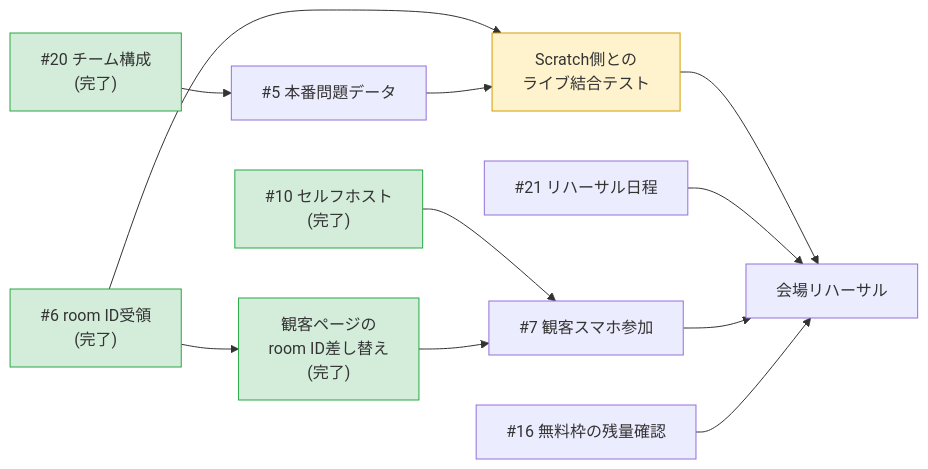
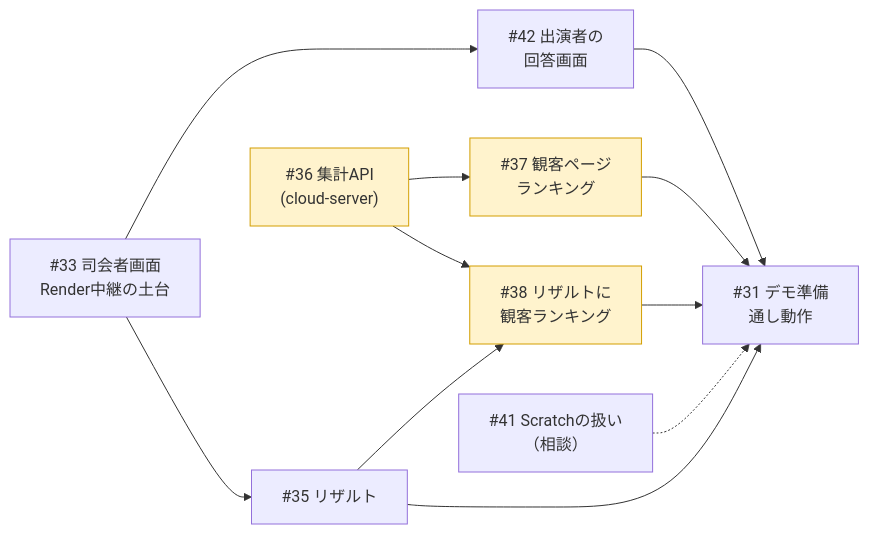
Before and after one commit to suzuka-kosen-festa/2026-suzuleague: the diagram in docs/status.md, drawn with Mermaid. The commit also changed other lines of this file and 2 other files, not shown here.

````diff
--- a/docs/status.md
+++ b/docs/status.md
@@ -185,18 +78,16 @@
 ```mermaid
 flowchart LR
-    i10["#10 セルフホスト<br>(完了)"] --> i7["#7 観客スマホ参加"]
-    i20["#20 チーム構成<br>(完了)"] --> i5["#5 本番問題データ"]
-    i6["#6 room ID受領<br>(完了)"] --> aud["観客ページの<br>room ID差し替え<br>(完了)"]
-    i6 --> integ["Scratch側との<br>ライブ結合テスト"]
-    i5 --> integ
-    aud --> i7
-    integ --> reh["会場リハーサル"]
-    i21["#21 リハーサル日程"] --> reh
-    i7 --> reh
-    i16["#16 無料枠の残量確認"] --> reh
-    style i10 fill:#d4edda,stroke:#28a745
-    style i20 fill:#d4edda,stroke:#28a745
-    style i6 fill:#d4edda,stroke:#28a745
-    style integ fill:#fff3cd,stroke:#d39e00
-    style aud fill:#d4edda,stroke:#28a745
+    i33["#33 司会者画面<br>Render中継の土台"] --> i42["#42 出演者の<br>回答画面"]
+    i33 --> i35["#35 リザルト"]
+    i36["#36 集計API<br>(cloud-server)"] --> i37["#37 観客ページ<br>ランキング"]
+    i35 --> i38["#38 リザルトに<br>観客ランキング"]
+    i36 --> i38
+    i42 --> i31["#31 デモ準備<br>通し動作"]
+    i35 --> i31
+    i37 --> i31
+    i38 --> i31
+    i41["#41 Scratchの扱い<br>（相談）"] -.-> i31
+    style i36 fill:#fff3cd,stroke:#d39e00
+    style i37 fill:#fff3cd,stroke:#d39e00
+    style i38 fill:#fff3cd,stroke:#d39e00
 ```
````
